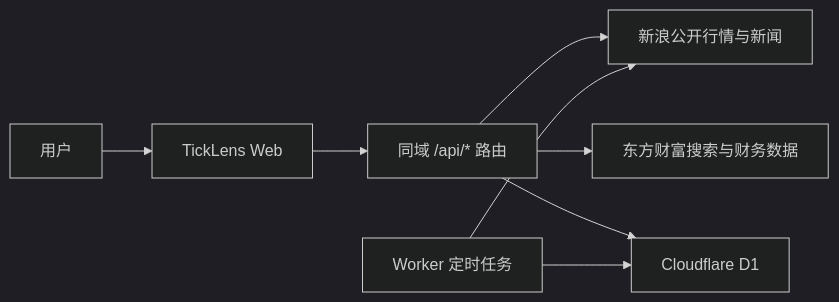
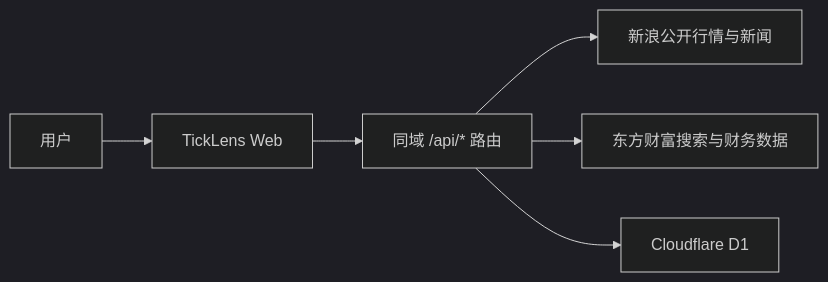
Before and after one commit to weipeng-srz/TransactionData: the diagram in docs/architecture.md, drawn with Mermaid (dark theme). The commit also changed other lines of this file and 25 other files, not shown here.

````diff
--- a/docs/architecture.md
+++ b/docs/architecture.md
@@ -7,10 +7,8 @@
 ```mermaid
 flowchart LR
     U["用户"] --> W["TickLens Web"]
     W --> API["同域 /api/* 路由"]
     API --> S["新浪公开行情与新闻"]
     API --> E["东方财富搜索与财务数据"]
     API --> D1["Cloudflare D1"]
-    CRON["Worker 定时任务"] --> S
-    CRON --> D1
 ```
````
